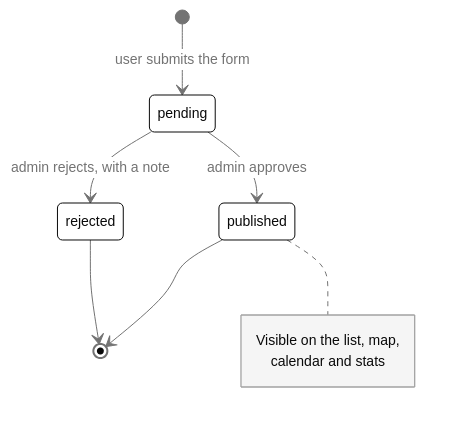
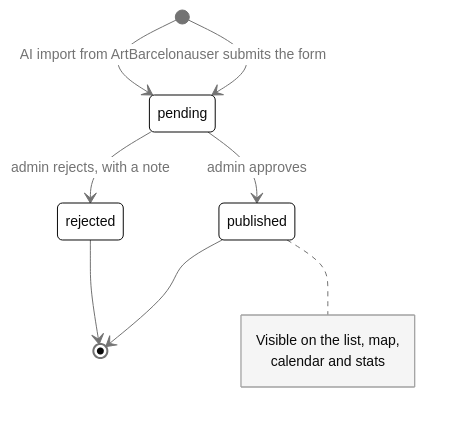
The seventh of 9 diagrams in README.md (juannarowe/artroute), drawn with Mermaid before and after one commit. The commit also changed other lines of this file, not shown here.

Commit message:
docs: AI import in the README (diagram, API, env vars, tests)

````diff
--- a/README.md
+++ b/README.md
@@ -228,13 +272,14 @@
 ```mermaid
 %%{init: {"theme": "base", "themeVariables": {"fontFamily": "ui-sans-serif, system-ui, sans-serif", "fontSize": "14px", "primaryColor": "#ffffff", "primaryTextColor": "#0a0a0a", "primaryBorderColor": "#0a0a0a", "secondaryColor": "#f5f5f5", "tertiaryColor": "#fafafa", "lineColor": "#737373", "textColor": "#737373", "clusterBkg": "#fafafa", "clusterBorder": "#a3a3a3", "titleColor": "#0a0a0a", "edgeLabelBackground": "#ffffff", "actorBkg": "#ffffff", "actorBorder": "#0a0a0a", "actorTextColor": "#0a0a0a", "actorLineColor": "#a3a3a3", "signalColor": "#737373", "signalTextColor": "#737373", "noteBkgColor": "#f5f5f5", "noteBorderColor": "#a3a3a3", "noteTextColor": "#0a0a0a", "labelBoxBkgColor": "#ffffff", "labelBoxBorderColor": "#0a0a0a", "labelTextColor": "#0a0a0a", "loopTextColor": "#737373", "activationBkgColor": "#f5f5f5", "activationBorderColor": "#0a0a0a", "attributeBackgroundColorOdd": "#ffffff", "attributeBackgroundColorEven": "#f5f5f5"}}}%%
 stateDiagram-v2
   [*] --> pending : user submits the form
+  [*] --> pending : AI import from ArtBarcelona
   pending --> published : admin approves
   pending --> rejected : admin rejects, with a note
   published --> [*]
   rejected --> [*]
   note right of published
     Visible on the list, map,
     calendar and stats
   end note
 ```
````
